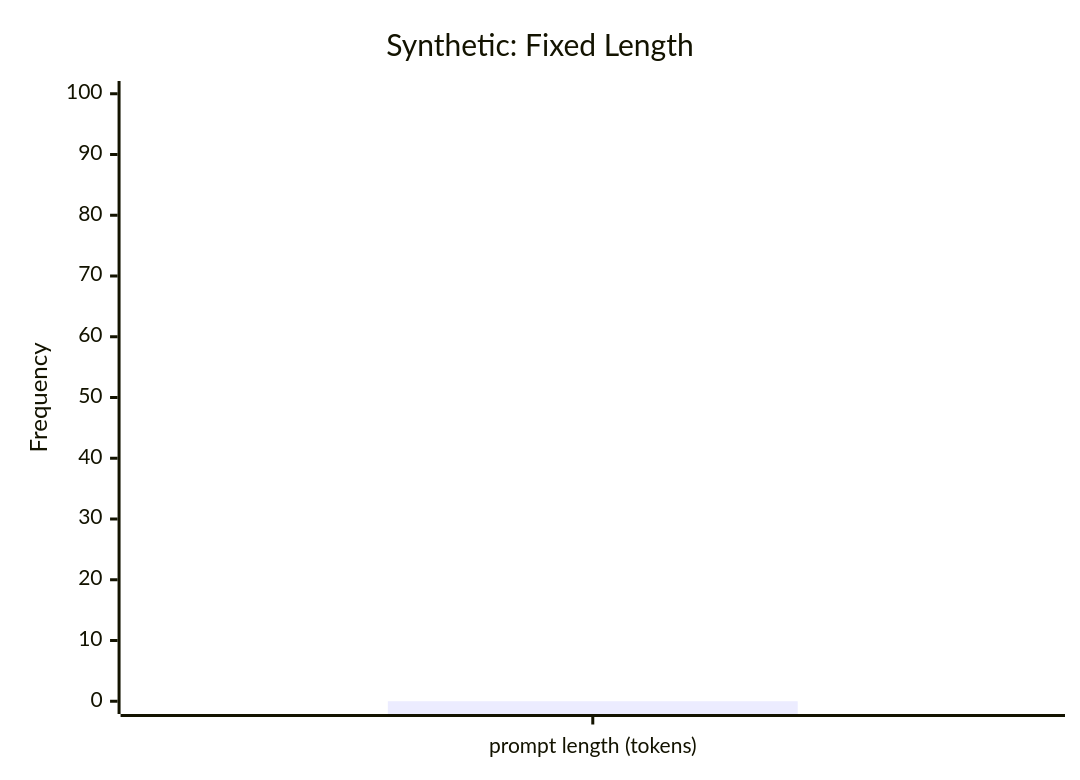
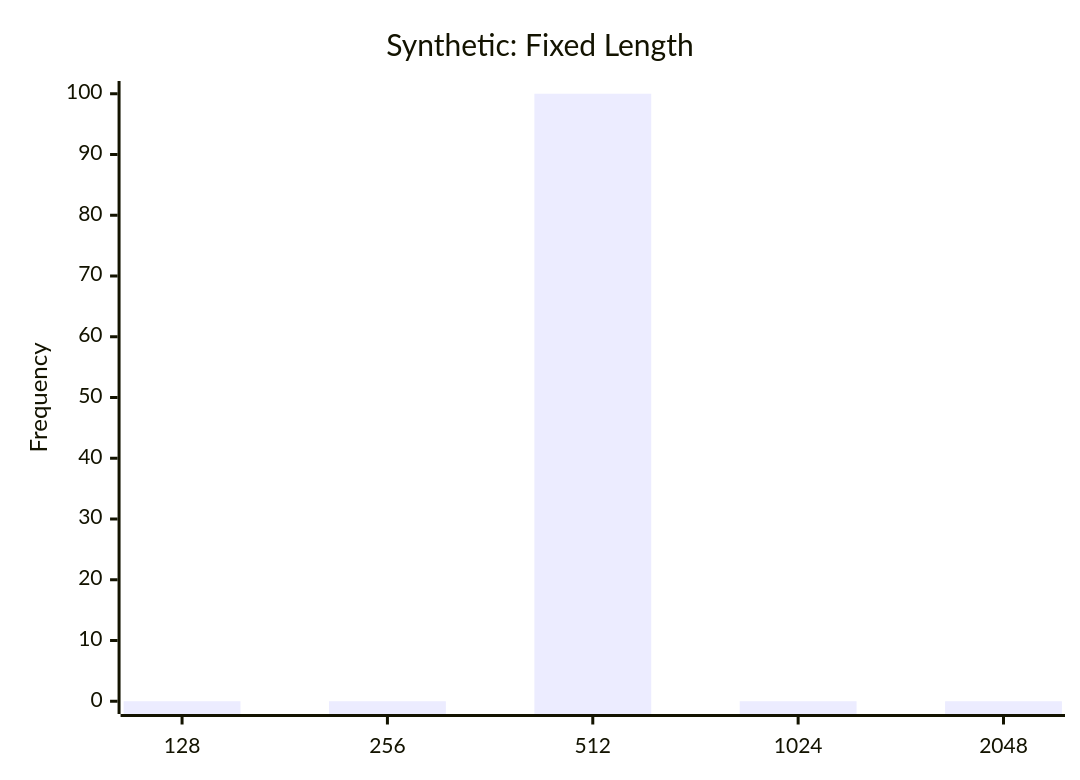
One commit to Shahriarin2garden/vllm_from_scratch changed the fourth of 50 diagrams in lab0.4/README.md. Above: the diagram before and after it, drawn with Mermaid. The commit also changed other lines of this file, not shown here.

Commit message:
Update x-axis labels and improve diagram configurations in README.md for better clarity

````diff
--- a/lab0.4/README.md
+++ b/lab0.4/README.md
@@ -154,7 +160,7 @@
 ```mermaid
 xychart-beta
     title "Synthetic: Fixed Length"
-    x-axis ["prompt length (tokens)"]
+    x-axis [128, 256, 512, 1024, 2048]
     y-axis "Frequency" 0 --> 100
     bar [0,0,100,0,0]
 ```
````
